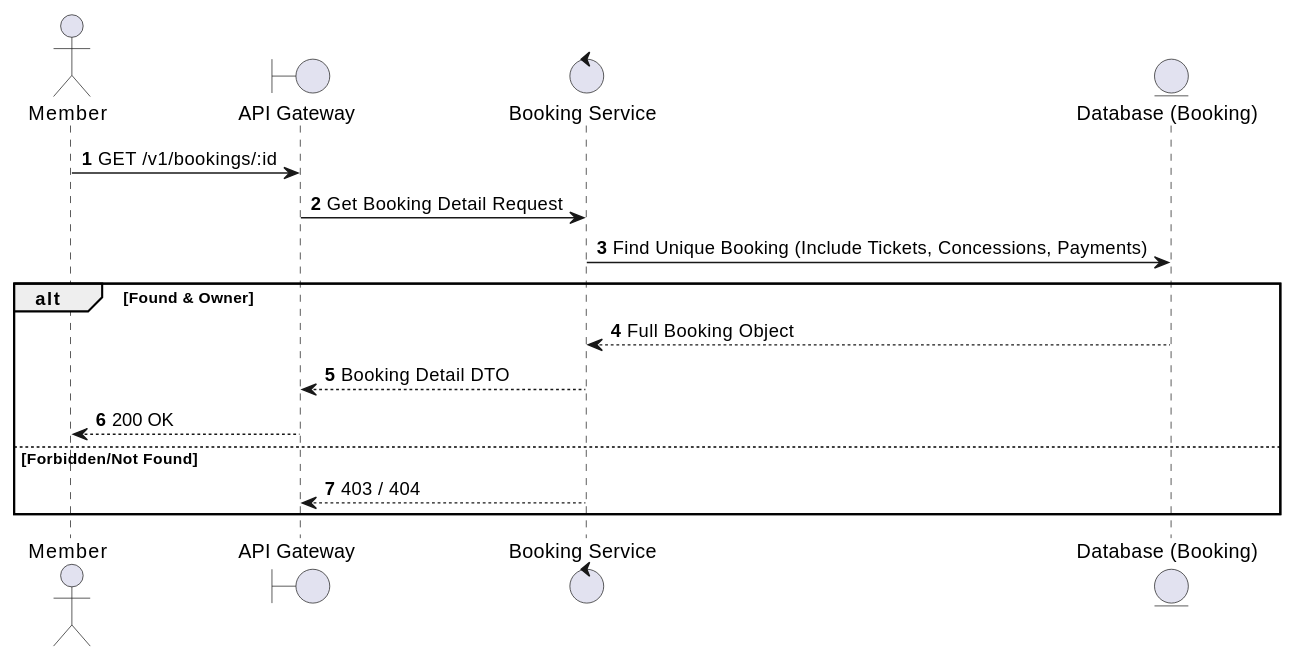
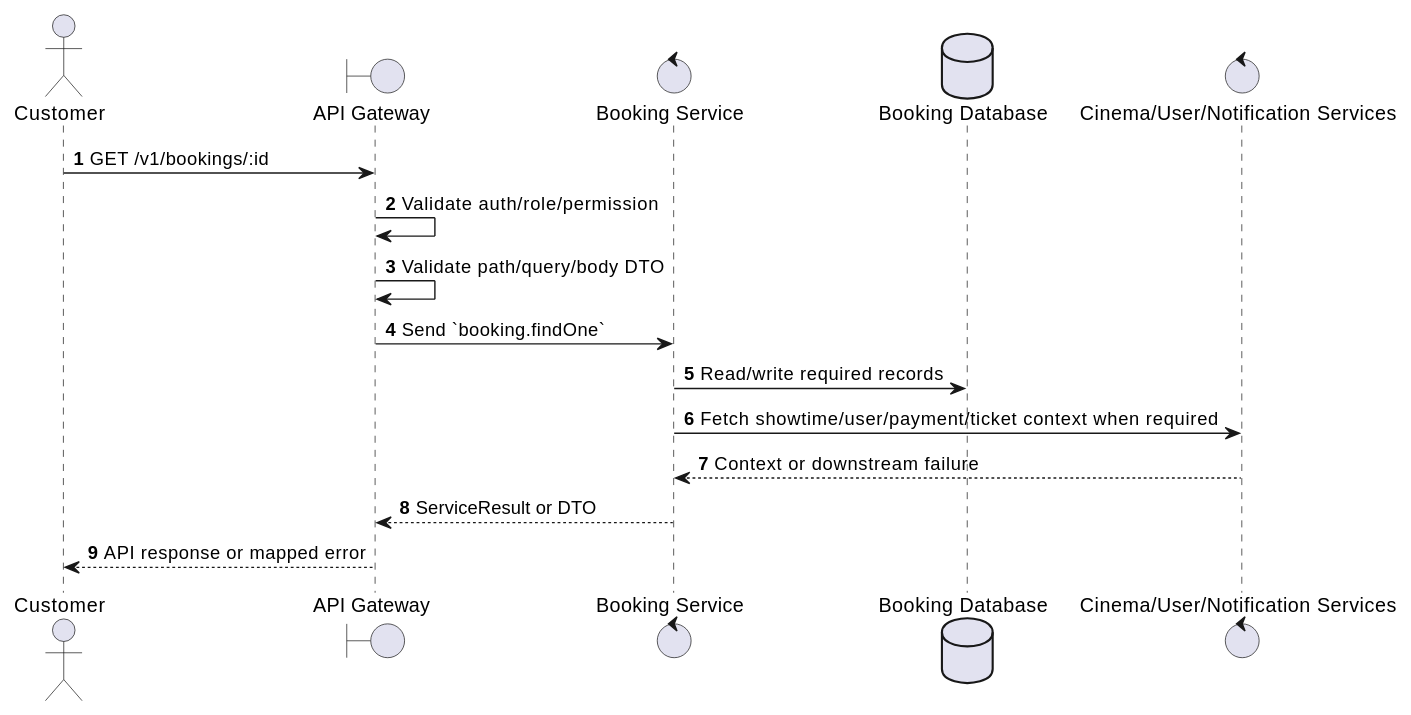
One commit to Tanh1603/movie-hub-architecture changed the first of 2 diagrams in docs/functional_specs/3.5.1_User_Booking_Operations/BK-03_Get_Booking_Details.md. Above: the diagram before and after it, drawn with PlantUML. The commit also changed other lines of this file and 126 other files, not shown here.

````diff
--- a/docs/functional_specs/3.5.1_User_Booking_Operations/BK-03_Get_Booking_Details.md
+++ b/docs/functional_specs/3.5.1_User_Booking_Operations/BK-03_Get_Booking_Details.md
@@ -17,20 +17,20 @@
 ```plantuml
 @startuml
 autonumber
-actor Member
+actor "Customer" as Actor
 boundary "API Gateway" as GW
-control "Booking Service" as BS
-entity "Database (Booking)" as DB
+control "Booking Service" as SVC
+database "Booking Database" as DB
+control "Cinema/User/Notification Services" as EXT
 
-Member -> GW: GET /v1/bookings/:id
-GW -> BS: Get Booking Detail Request
-BS -> DB: Find Unique Booking (Include Tickets, Concessions, Payments)
-alt Found & Owner
-    DB --> BS: Full Booking Object
-    BS --> GW: Booking Detail DTO
-    GW --> Member: 200 OK
-else Forbidden/Not Found
-    BS --> GW: 403 / 404
-end
+Actor -> GW: GET /v1/bookings/:id
+GW -> GW: Validate auth/role/permission
+GW -> GW: Validate path/query/body DTO
+GW -> SVC: Send `booking.findOne`
+SVC -> DB: Read/write required records
+SVC -> EXT: Fetch showtime/user/payment/ticket context when required
+EXT --> SVC: Context or downstream failure
+SVC --> GW: ServiceResult or DTO
+GW --> Actor: API response or mapped error
 @enduml
 ```
````
